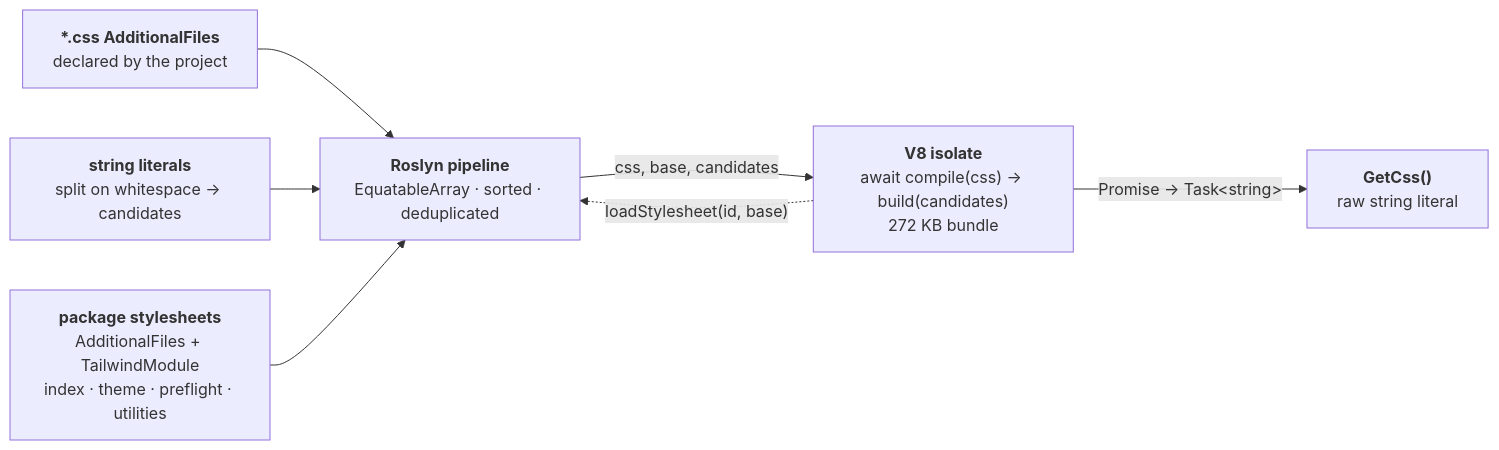
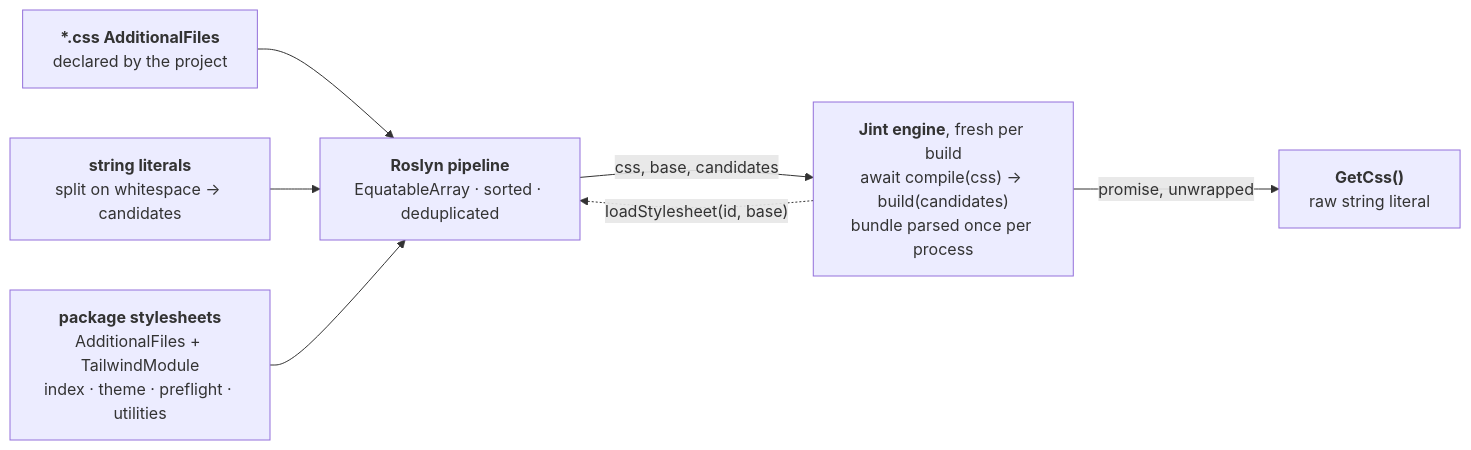
Before and after one commit to miroljub1995/natrix: the second of 2 diagrams in src/Natrix.TailwindCss.Generators/ARCHITECTURE.md, drawn with Mermaid. The commit also changed other lines of this file and 28 other files, not shown here.

````diff
--- a/src/Natrix.TailwindCss.Generators/ARCHITECTURE.md
+++ b/src/Natrix.TailwindCss.Generators/ARCHITECTURE.md
@@ -65,18 +46,18 @@
 ```mermaid
 flowchart LR
     CSS["<b>*.css AdditionalFiles</b><br/>declared by the project"]
     LIT["<b>string literals</b><br/>split on whitespace → candidates"]
     EMB["<b>package stylesheets</b><br/>AdditionalFiles + TailwindModule<br/>index · theme · preflight · utilities"]
 
     PIPE["<b>Roslyn pipeline</b><br/>EquatableArray · sorted · deduplicated"]
-    V8["<b>V8 isolate</b><br/>await compile(css) → build(candidates)<br/>272 KB bundle"]
+    JS["<b>Jint engine</b>, fresh per build<br/>await compile(css) → build(candidates)<br/>bundle parsed once per process"]
     OUT["<b>GetCss()</b><br/>raw string literal"]
 
     CSS --> PIPE
     LIT --> PIPE
     EMB --> PIPE
 
-    PIPE -->|"css, base, candidates"| V8
-    V8 -.->|"loadStylesheet(id, base)"| PIPE
-    V8 -->|"Promise → Task&lt;string&gt;"| OUT
+    PIPE -->|"css, base, candidates"| JS
+    JS -.->|"loadStylesheet(id, base)"| PIPE
+    JS -->|"promise, unwrapped"| OUT
 ```
````
